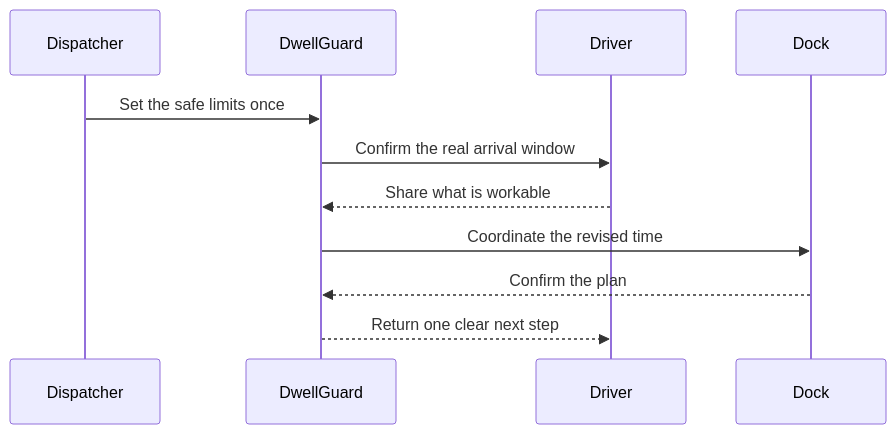
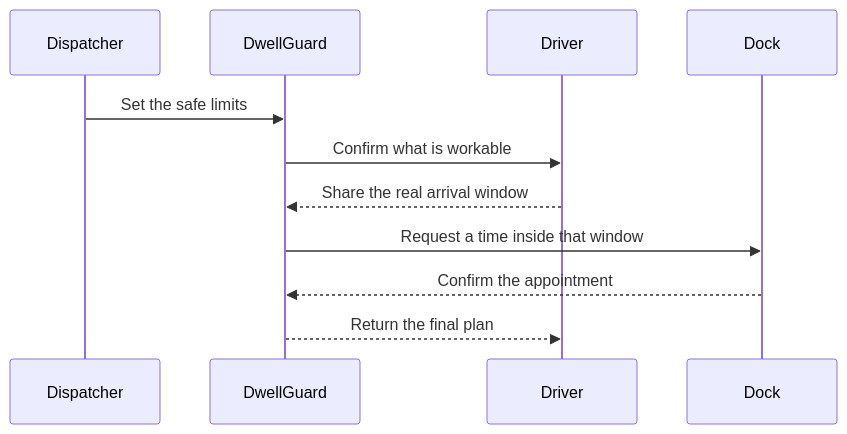
The diagram in README.md (Syedsaadhhh/DwellGuard-AI), drawn with Mermaid before and after one commit. The commit also changed other lines of this file, not shown here.

Commit message:
docs: make DwellGuard voice direct and human

````diff
--- a/README.md
+++ b/README.md
@@ -15,14 +15,14 @@
 ```mermaid
 sequenceDiagram
     participant Dispatcher
     participant DwellGuard
     participant Driver
     participant Dock
 
-    Dispatcher->>DwellGuard: Set the safe limits once
-    DwellGuard->>Driver: Confirm the real arrival window
-    Driver-->>DwellGuard: Share what is workable
-    DwellGuard->>Dock: Coordinate the revised time
-    Dock-->>DwellGuard: Confirm the plan
-    DwellGuard-->>Driver: Return one clear next step
+    Dispatcher->>DwellGuard: Set the safe limits
+    DwellGuard->>Driver: Confirm what is workable
+    Driver-->>DwellGuard: Share the real arrival window
+    DwellGuard->>Dock: Request a time inside that window
+    Dock-->>DwellGuard: Confirm the appointment
+    DwellGuard-->>Driver: Return the final plan
 ```
````
